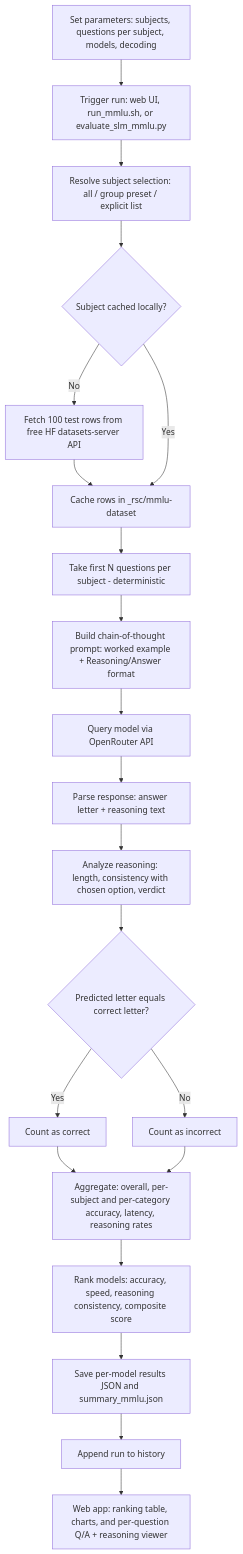
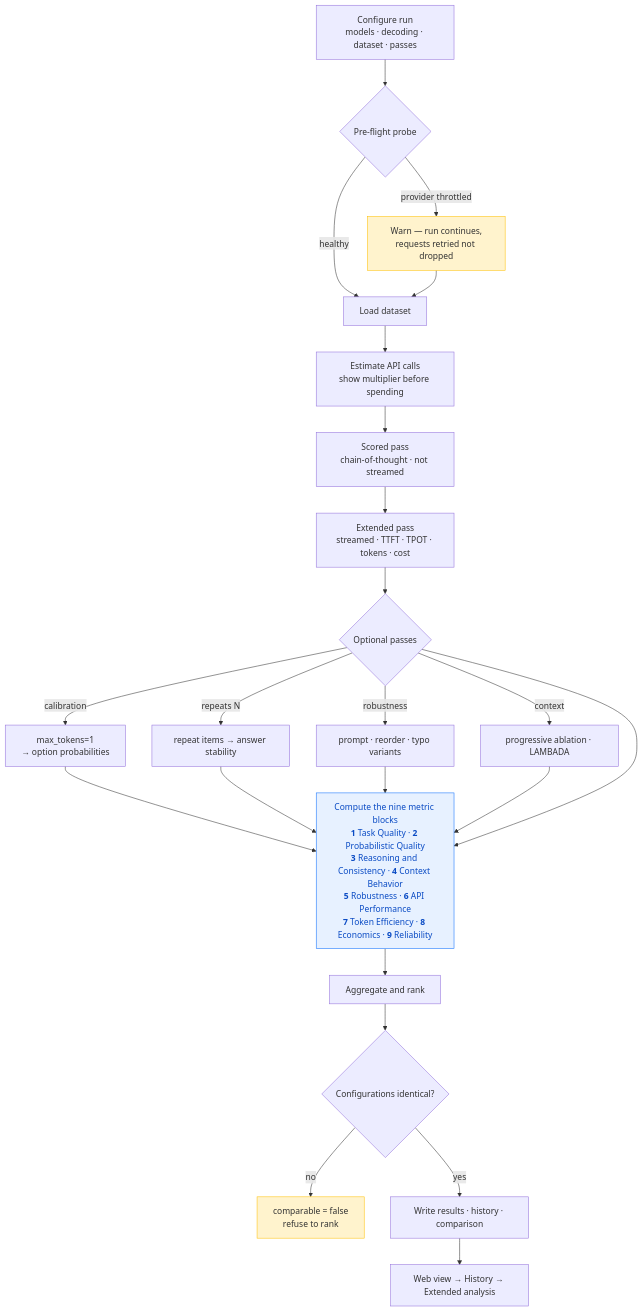
The diagram in report.md (ronvoy/gen-ai), drawn with Mermaid before and after one commit. The commit also changed other lines of this file and 16 other files, not shown here.

````diff
--- a/report.md
+++ b/report.md
@@ -346,23 +14,33 @@
 ```mermaid
-graph TD
-    A[Set parameters: subjects, questions per subject, models, decoding] --> B[Trigger run: web UI, run_mmlu.sh, or evaluate_slm_mmlu.py]
-    B --> C[Resolve subject selection: all / group preset / explicit list]
-    C --> D{Subject cached locally?}
-    D -->|No| E[Fetch 100 test rows from free HF datasets-server API]
-    E --> F[Cache rows in _rsc/mmlu-dataset]
-    D -->|Yes| F
-    F --> G[Take first N questions per subject - deterministic]
-    G --> H[Build chain-of-thought prompt: worked example + Reasoning/Answer format]
-    H --> I[Query model via OpenRouter API]
-    I --> J[Parse response: answer letter + reasoning text]
-    J --> K[Analyze reasoning: length, consistency with chosen option, verdict]
-    K --> L{Predicted letter equals correct letter?}
-    L -->|Yes| M[Count as correct]
-    L -->|No| N[Count as incorrect]
-    M --> O[Aggregate: overall, per-subject and per-category accuracy, latency, reasoning rates]
-    N --> O
-    O --> P[Rank models: accuracy, speed, reasoning consistency, composite score]
-    P --> Q[Save per-model results JSON and summary_mmlu.json]
-    Q --> R[Append run to history]
-    R --> S[Web app: ranking table, charts, and per-question Q/A + reasoning viewer]
+flowchart TD
+    A[Configure run<br/>models · decoding · dataset · passes] --> B{Pre-flight probe}
+    B -->|provider throttled| B1[Warn — run continues,<br/>requests retried not dropped]
+    B -->|healthy| C[Load dataset]
+    B1 --> C
+    C --> D[Estimate API calls<br/>show multiplier before spending]
+    D --> E[Scored pass<br/>chain-of-thought · not streamed]
+    E --> F[Extended pass<br/>streamed · TTFT · TPOT · tokens · cost]
+    F --> G{Optional passes}
+    G -->|calibration| G1[max_tokens=1<br/>→ option probabilities]
+    G -->|repeats N| G2[repeat items → answer stability]
+    G -->|robustness| G3[prompt · reorder · typo variants]
+    G -->|context| G4[progressive ablation · LAMBADA]
+    G1 --> H
+    G2 --> H
+    G3 --> H
+    G4 --> H
+    G --> H["`Compute the nine metric blocks
+    **1** Task Quality · **2** Probabilistic Quality
+    **3** Reasoning and Consistency · **4** Context Behavior
+    **5** Robustness · **6** API Performance
+    **7** Token Efficiency · **8** Economics · **9** Reliability`"]
+    H --> J[Aggregate and rank]
+    J --> K{Configurations identical?}
+    K -->|no| K1[comparable = false<br/>refuse to rank]
+    K -->|yes| L[Write results · history · comparison]
+    L --> M[Web view → History → Extended analysis]
+
+    style H fill:#e7f1ff,stroke:#0d6efd,color:#0a4bc4
+    style K1 fill:#fff3cd,stroke:#ffc107
+    style B1 fill:#fff3cd,stroke:#ffc107
 ```
````
